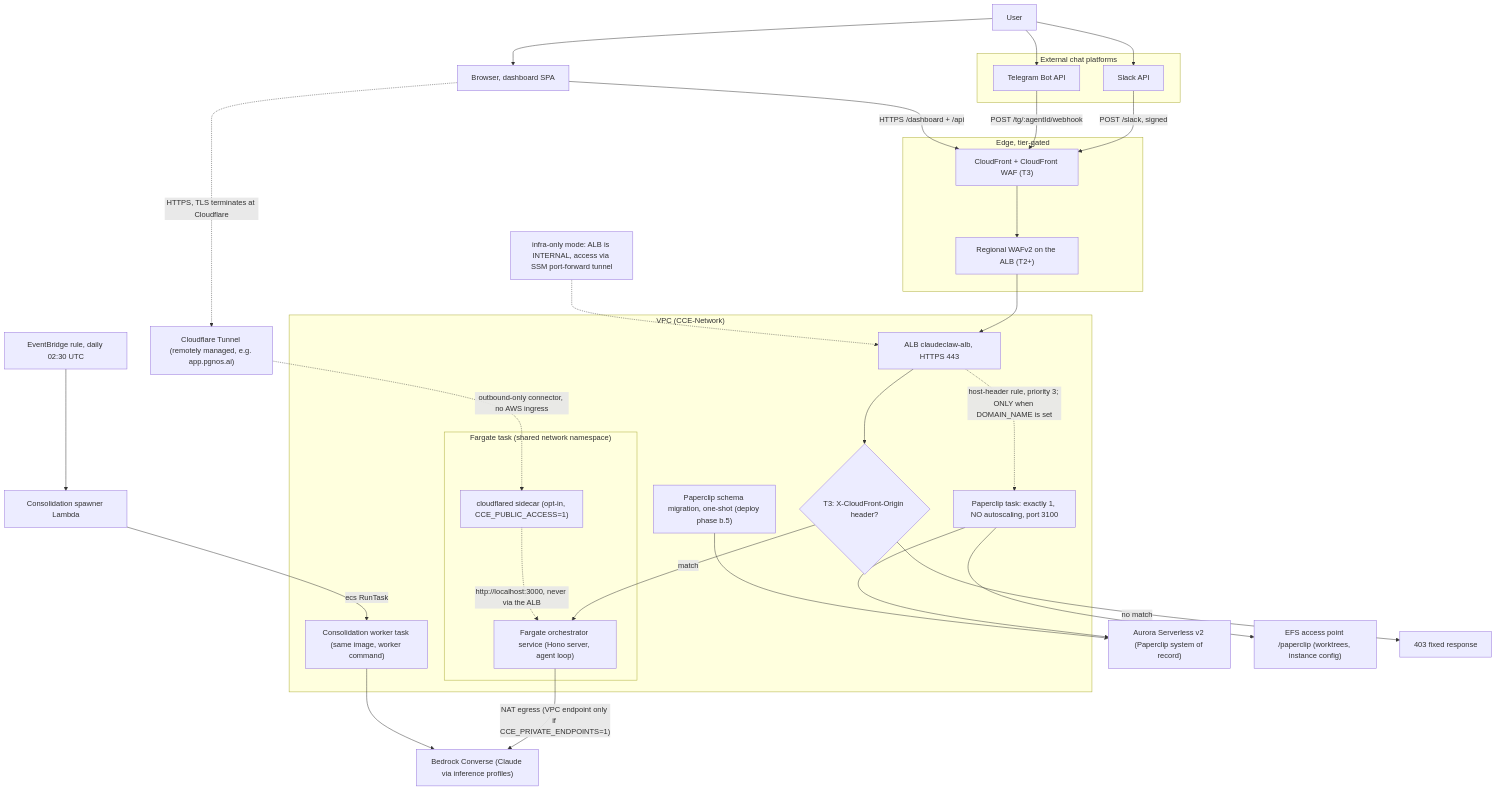
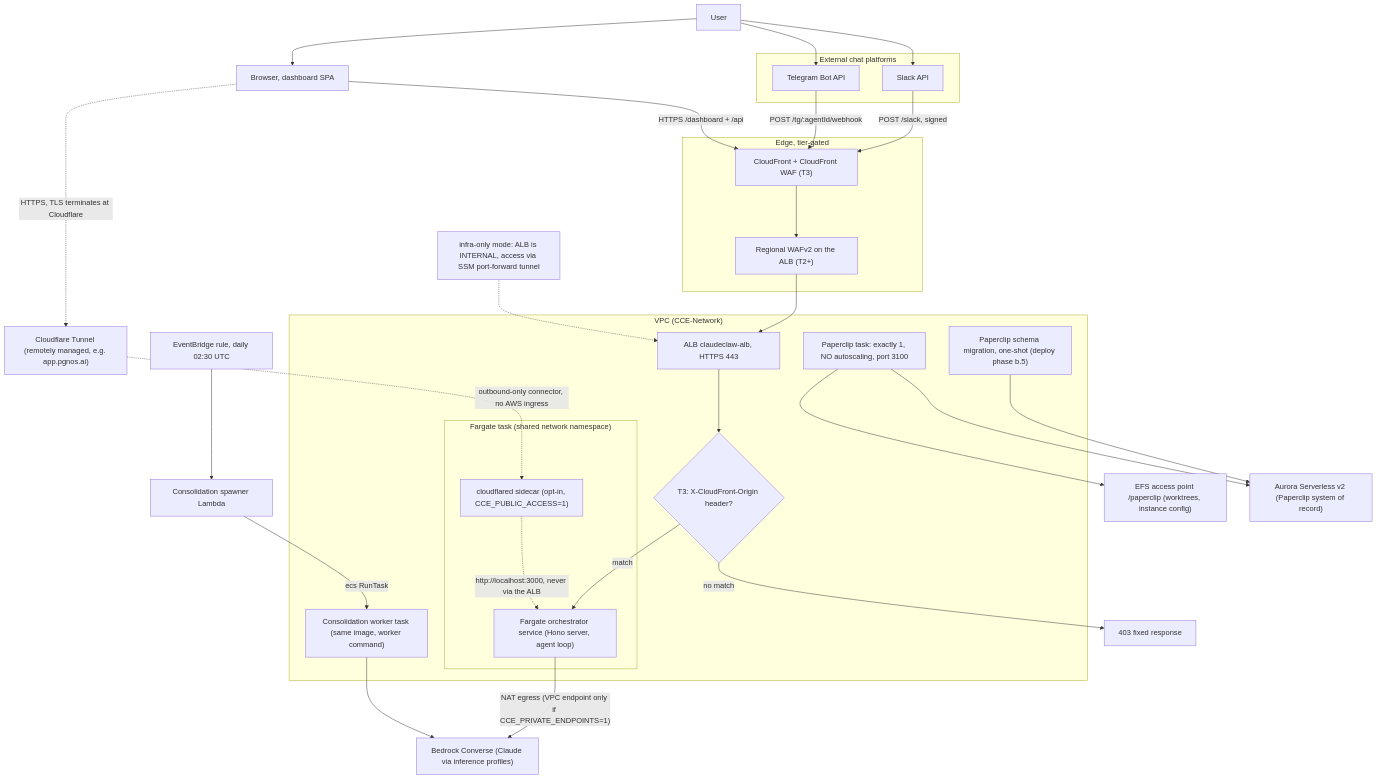
Before and after one commit to Adams-Captial-Holdings-Ltd/Netzer-Labs: the diagram in docs/diagrams/architecture-compute.md, drawn with Mermaid. The commit also changed other lines of this file and 86 other files, not shown here.

````diff
--- a/docs/diagrams/architecture-compute.md
+++ b/docs/diagrams/architecture-compute.md
@@ -6,64 +6,63 @@
 ```mermaid
 flowchart TD
   USER["User"]
 
   subgraph external["External chat platforms"]
     SLACK["Slack API"]
     TG["Telegram Bot API"]
   end
   BROWSER["Browser, dashboard SPA"]
 
   USER --> SLACK
   USER --> TG
   USER --> BROWSER
 
   subgraph edge["Edge, tier-gated"]
     CF["CloudFront + CloudFront WAF (T3)"]
     WAF["Regional WAFv2 on the ALB (T2+)"]
   end
 
   SLACK -->|"POST /slack, signed"| CF
   TG -->|"POST /tg/:agentId/webhook"| CF
   BROWSER -->|"HTTPS /dashboard + /api"| CF
   CF --> WAF
 
   subgraph vpc["VPC (CCE-Network)"]
     ALB["ALB claudeclaw-alb, HTTPS 443"]
     ORIGIN{"T3: X-CloudFront-Origin header?"}
     subgraph task["Fargate task (shared network namespace)"]
       SIDECAR["cloudflared sidecar (opt-in, CCE_PUBLIC_ACCESS=1)"]
       SVC["Fargate orchestrator service (Hono server, agent loop)"]
     end
     WORKER["Consolidation worker task (same image, worker command)"]
     PAPERCLIP["Paperclip task: exactly 1, NO autoscaling, port 3100"]
     MIGRATE["Paperclip schema migration, one-shot (deploy phase b.5)"]
   end
   AURORA["Aurora Serverless v2 (Paperclip system of record)"]
   EFS["EFS access point /paperclip (worktrees, instance config)"]
 
   WAF --> ALB
-  ALB -.->|"host-header rule, priority 3; ONLY when DOMAIN_NAME is set"| PAPERCLIP
   PAPERCLIP --> AURORA
   PAPERCLIP --> EFS
   MIGRATE --> AURORA
   ALB --> ORIGIN
   ORIGIN -->|"match"| SVC
   ORIGIN -->|"no match"| DENY["403 fixed response"]
 
   SPAWNER["Consolidation spawner Lambda"]
   NIGHTLY["EventBridge rule, daily 02:30 UTC"]
   NIGHTLY --> SPAWNER
   SPAWNER -->|"ecs RunTask"| WORKER
 
   BEDROCK["Bedrock Converse (Claude via inference profiles)"]
   SVC -->|"NAT egress (VPC endpoint only if CCE_PRIVATE_ENDPOINTS=1)"| BEDROCK
   WORKER --> BEDROCK
 
   TUNNEL["infra-only mode: ALB is INTERNAL, access via SSM port-forward tunnel"]
   TUNNEL -.-> ALB
 
   CFTUNNEL["Cloudflare Tunnel (remotely managed, e.g. app.pgnos.ai)"]
   BROWSER -.->|"HTTPS, TLS terminates at Cloudflare"| CFTUNNEL
   CFTUNNEL -.->|"outbound-only connector, no AWS ingress"| SIDECAR
   SIDECAR -.->|"http://localhost:3000, never via the ALB"| SVC
 ```
````
